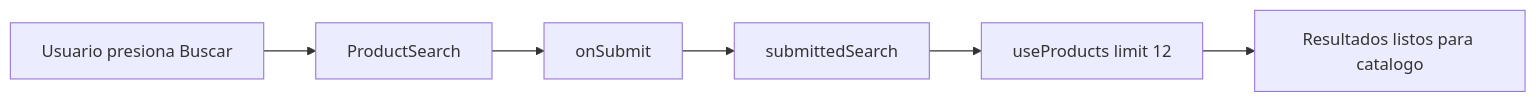
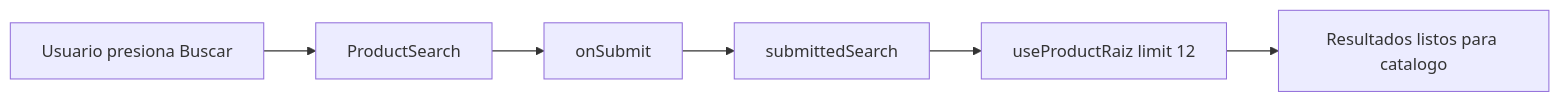
One commit to BrandonAlbertt/ecommerce-sosaimpor-frontend changed the fourth of 4 diagrams in documentacion/GUIA_BARRA_BUSQUEDA_PRODUCTOS.md. Above: the diagram before and after it, drawn with Mermaid. The commit also changed other lines of this file and 23 other files, not shown here.

````diff
--- a/documentacion/GUIA_BARRA_BUSQUEDA_PRODUCTOS.md
+++ b/documentacion/GUIA_BARRA_BUSQUEDA_PRODUCTOS.md
@@ -79,8 +79,8 @@
 ```mermaid
 flowchart LR
   A[Usuario presiona Buscar] --> B[ProductSearch]
   B --> C[onSubmit]
   C --> D[submittedSearch]
-  D --> E[useProducts limit 12]
+  D --> E[useProductRaiz limit 12]
   E --> F[Resultados listos para catalogo]
 ```
````
